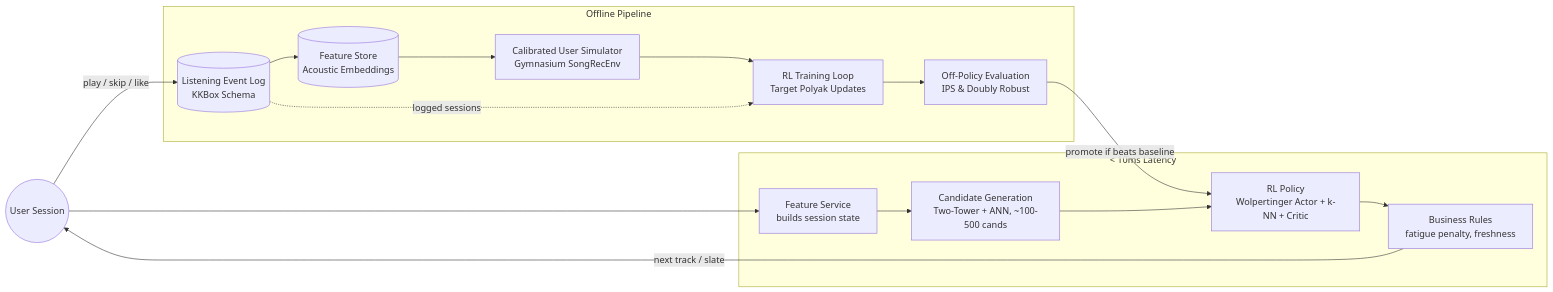
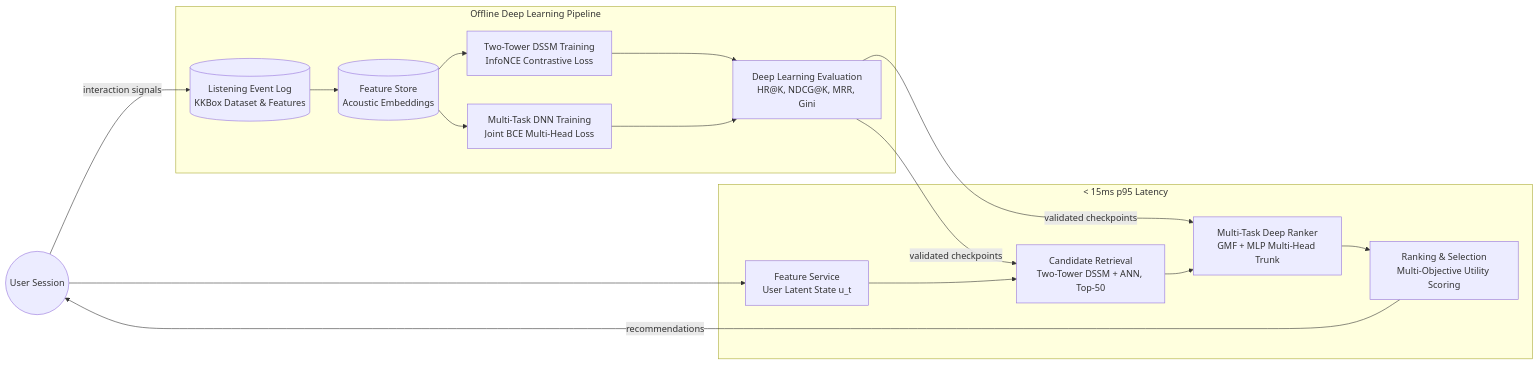
One commit to naveenkumar030/Music-Recommendation-System--Using-Deep-Learning changed the diagram in README.md. Above: the diagram before and after it, drawn with Mermaid. The commit also changed other lines of this file and 37 other files, not shown here.

First line of the commit message:
feat: migrate recommendation engine to Deep Learning architecture

````diff
--- a/README.md
+++ b/README.md
@@ -9,29 +9,29 @@
 ```mermaid
 flowchart LR
     U((User Session))
 
-    subgraph Online Serving [< 10ms Latency]
-        FE[Feature Service<br/>builds session state]
-        CG[Candidate Generation<br/>Two-Tower + ANN, ~100-500 cands]
-        POL[RL Policy<br/>Wolpertinger Actor + k-NN + Critic]
-        RULES[Business Rules<br/>fatigue penalty, freshness]
+    subgraph Online Serving [< 15ms p95 Latency]
+        FE[Feature Service<br/>User Latent State u_t]
+        RET[Candidate Retrieval<br/>Two-Tower DSSM + ANN, Top-50]
+        RANK[Multi-Task Deep Ranker<br/>GMF + MLP Multi-Head Trunk]
+        SELECT[Ranking & Selection<br/>Multi-Objective Utility Scoring]
     end
 
-    subgraph Offline Pipeline
-        LOG[(Listening Event Log<br/>KKBox Schema)]
+    subgraph Offline Deep Learning Pipeline
+        LOG[(Listening Event Log<br/>KKBox Dataset & Features)]
         FS[(Feature Store<br/>Acoustic Embeddings)]
-        SIM[Calibrated User Simulator<br/>Gymnasium SongRecEnv]
-        TRAIN[RL Training Loop<br/>Target Polyak Updates]
-        OPE[Off-Policy Evaluation<br/>IPS & Doubly Robust]
+        TOWER_TR[Two-Tower DSSM Training<br/>InfoNCE Contrastive Loss]
+        RANK_TR[Multi-Task DNN Training<br/>Joint BCE Multi-Head Loss]
+        EVAL[Deep Learning Evaluation<br/>HR@K, NDCG@K, MRR, Gini]
     end
 
-    U -- play / skip / like --> LOG
     LOG --> FS
-    FS --> SIM
-    SIM --> TRAIN
-    LOG -. logged sessions .-> TRAIN
-    TRAIN --> OPE
-    OPE -- promote if beats baseline --> POL
+    FS --> TOWER_TR
+    FS --> RANK_TR
+    TOWER_TR --> EVAL
+    RANK_TR --> EVAL
+    EVAL -- validated checkpoints --> RET & RANK
 
-    U --> FE --> CG --> POL --> RULES -- next track / slate --> U
+    U --> FE --> RET --> RANK --> SELECT -- recommendations --> U
+    U -- interaction signals --> LOG
 ```
````
